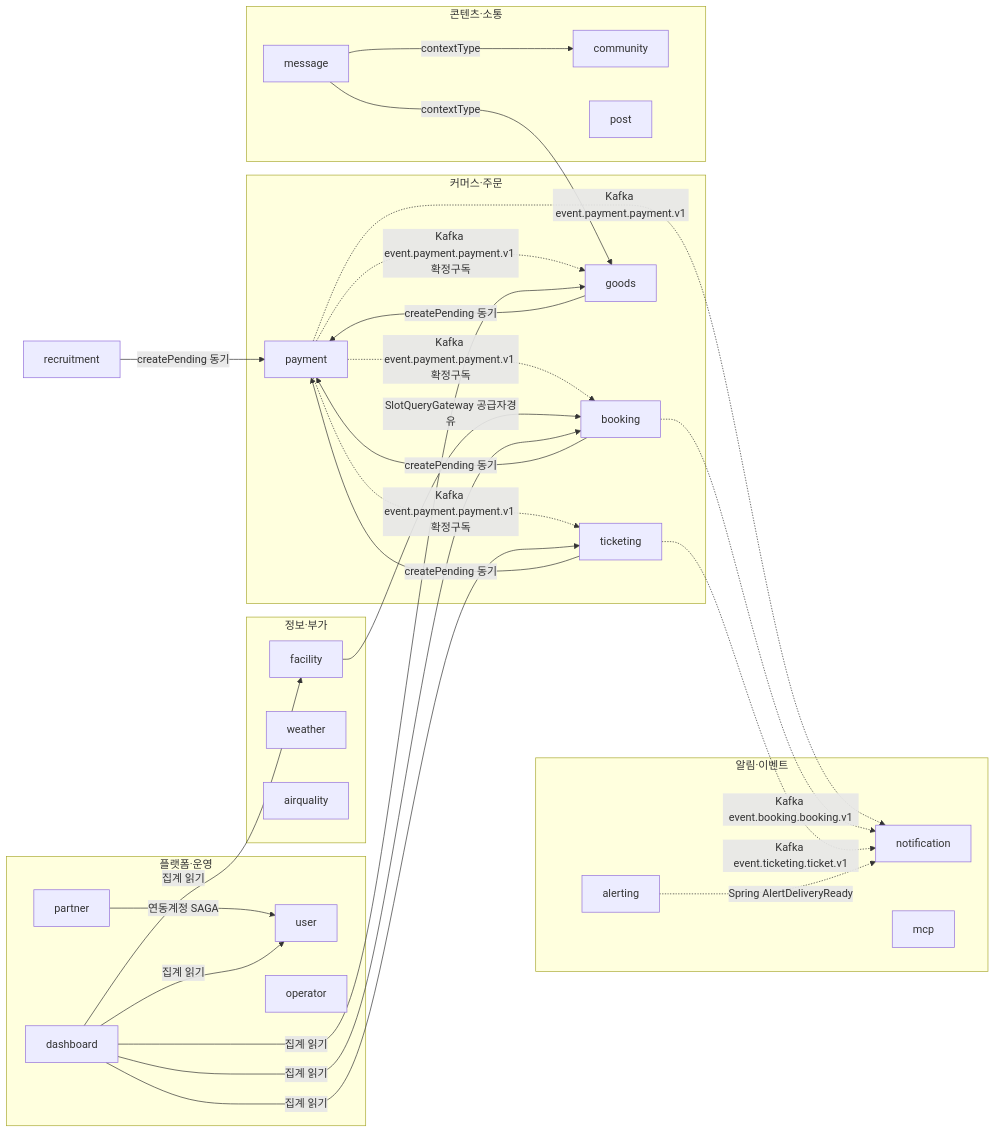
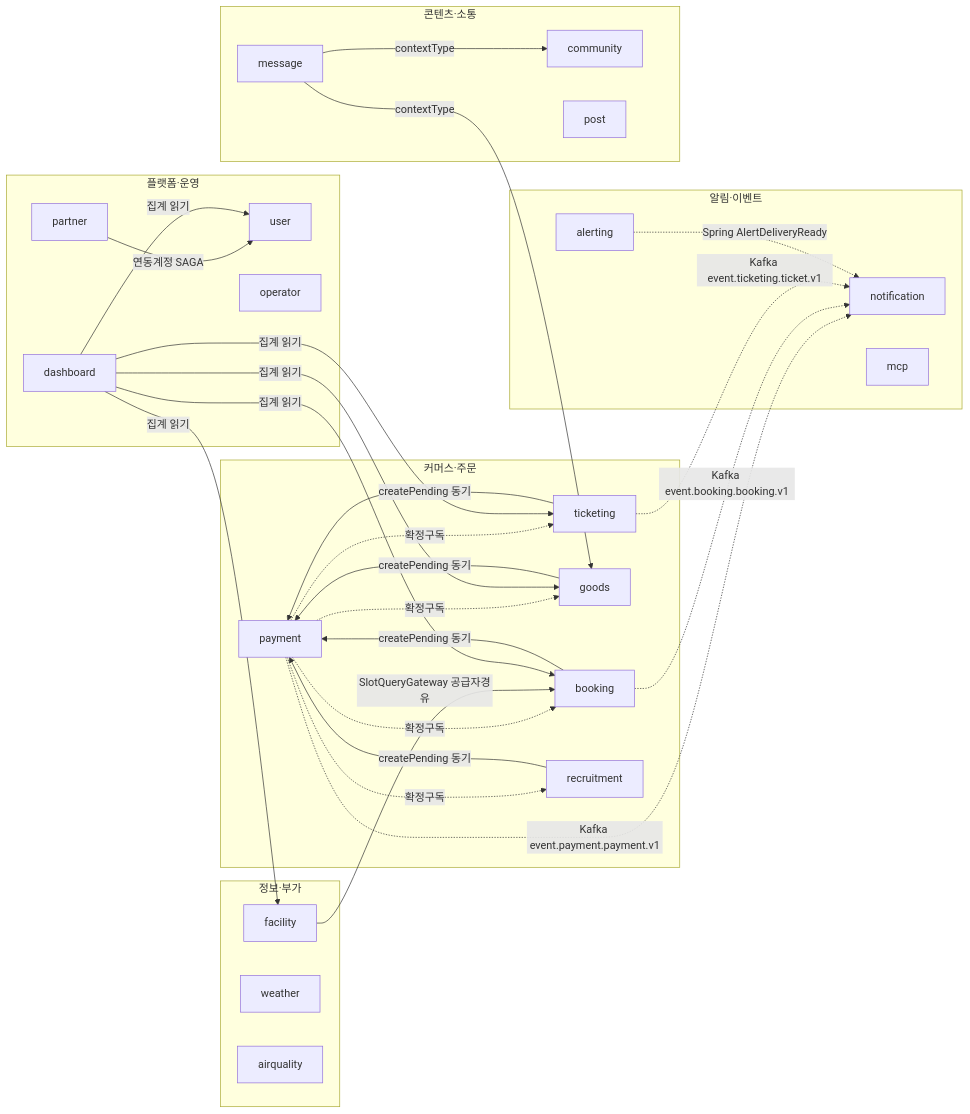
One commit to biuea3866/new-sports-application changed the first of 2 diagrams in docs/domain-context-map.md. Above: the diagram before and after it, drawn with Mermaid. The commit also changed other lines of this file, not shown here.

````diff
--- a/docs/domain-context-map.md
+++ b/docs/domain-context-map.md
@@ -41,54 +41,56 @@
 ```mermaid
 flowchart LR
     subgraph Commerce["커머스·주문"]
         payment
         booking
         goods
         ticketing
+        recruitment
     end
     subgraph Alert["알림·이벤트"]
         notification
         alerting
         mcp
     end
     subgraph Content["콘텐츠·소통"]
         message
         community
         post
     end
     subgraph Platform["플랫폼·운영"]
         user
         partner
         dashboard
         operator
     end
     subgraph Info["정보·부가"]
         facility
         weather
         airquality
     end
 
     booking -->|createPending 동기| payment
     goods -->|createPending 동기| payment
     ticketing -->|createPending 동기| payment
     recruitment -->|createPending 동기| payment
 
-    payment -.->|Kafka event.payment.payment.v1 확정구독| booking
-    payment -.->|Kafka event.payment.payment.v1 확정구독| goods
-    payment -.->|Kafka event.payment.payment.v1 확정구독| ticketing
+    payment -.->|확정구독| booking
+    payment -.->|확정구독| goods
+    payment -.->|확정구독| ticketing
+    payment -.->|확정구독| recruitment
     payment -.->|Kafka event.payment.payment.v1| notification
     booking -.->|Kafka event.booking.booking.v1| notification
     ticketing -.->|Kafka event.ticketing.ticket.v1| notification
     alerting -.->|Spring AlertDeliveryReady| notification
 
     facility -->|SlotQueryGateway 공급자경유| booking
     partner -->|연동계정 SAGA| user
     message -->|contextType| community
     message -->|contextType| goods
 
     dashboard -->|집계 읽기| booking
     dashboard -->|집계 읽기| goods
     dashboard -->|집계 읽기| ticketing
     dashboard -->|집계 읽기| facility
     dashboard -->|집계 읽기| user
 ```
````
